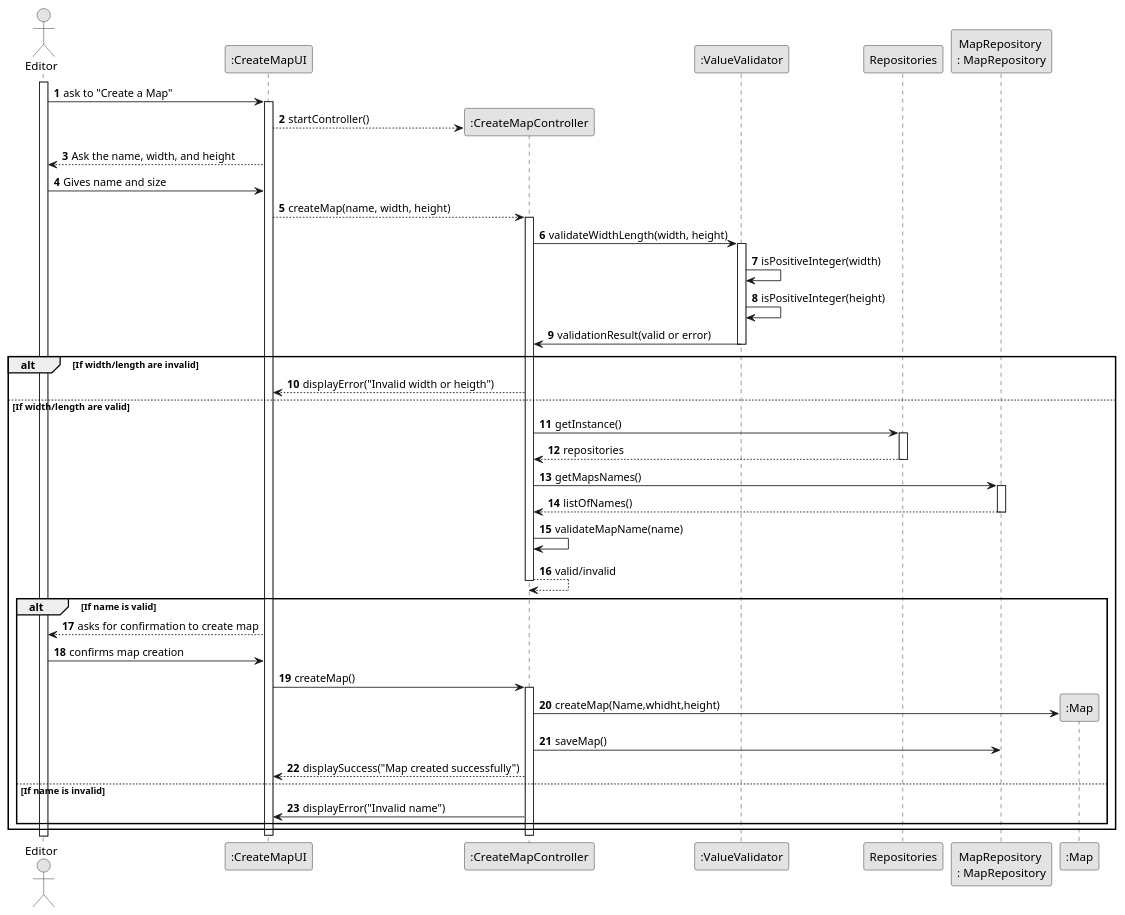
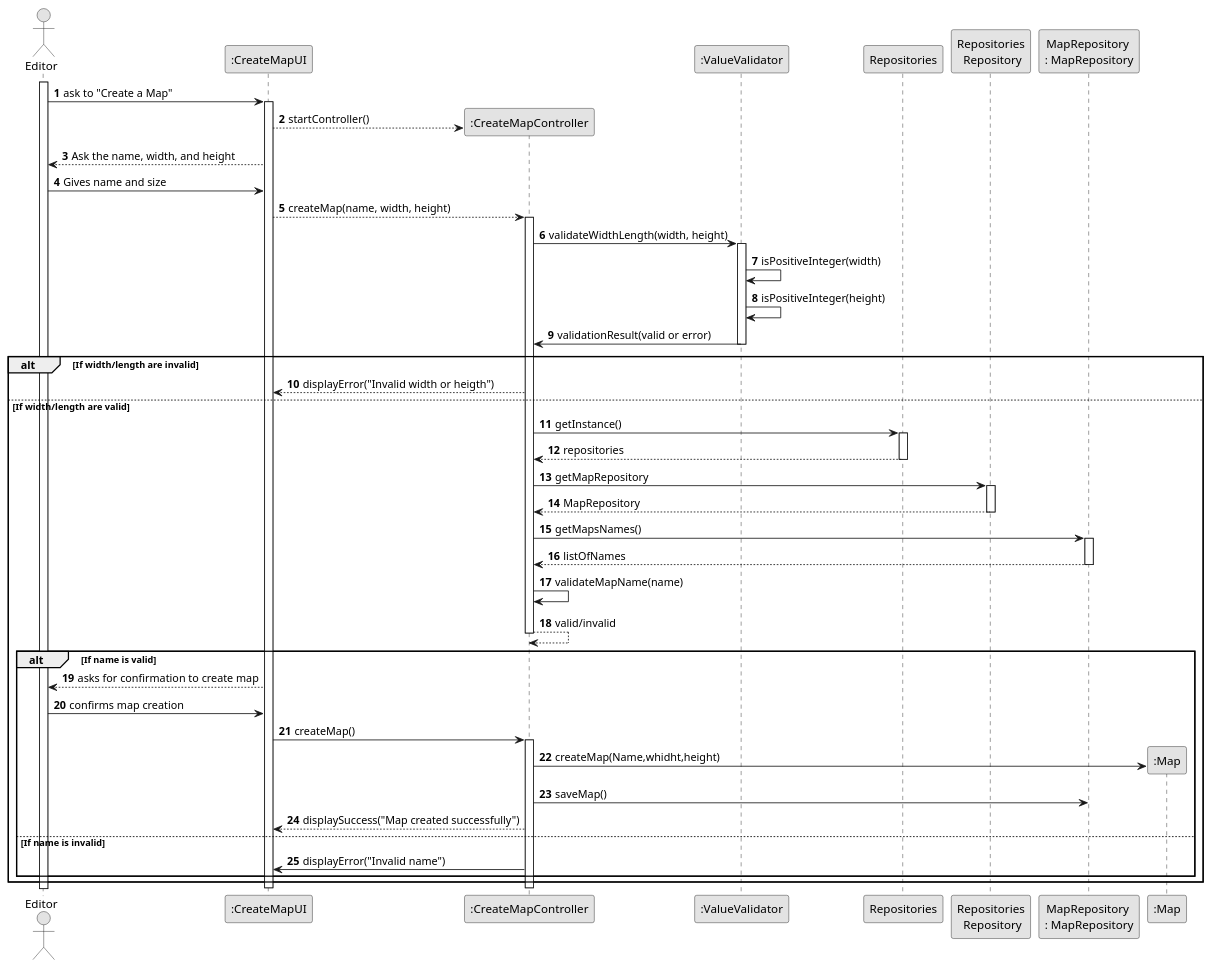
The diagram in docs/system-documentation/US001/03.design/puml/US001-SD-full.puml (1240826/empire-on-tracks), drawn with PlantUML before and after one commit. The commit also changed 10 other files, not shown here.

```diff
--- a/docs/system-documentation/US001/03.design/puml/US001-SD-full.puml
+++ b/docs/system-documentation/US001/03.design/puml/US001-SD-full.puml
@@ -1,100 +1,106 @@
 @startuml
 skinparam monochrome true
 skinparam packageStyle rectangle
 skinparam shadowing false
 
 autonumber
 
 actor "Editor" as Employee
 participant ":CreateMapUI" as UI
 participant ":CreateMapController" as Controller
 participant ":ValueValidator" as Validator
 participant "Repositories" as Rep
+participant "Repositories\n Repository" as Repos
 participant "MapRepository \n: MapRepository" as Repository
 
 participant ":Map" as Map
 
 activate Employee
 
     Employee -> UI : ask to "Create a Map"
     activate UI
 
             UI --> Controller** : startController()
 
 
 
         UI --> Employee : Ask the name, width, and height
 
 
 
 
 
 
 
     Employee -> UI : Gives name and size
 
 
         UI --> Controller  : createMap(name, width, height)
         activate Controller
 
             Controller -> Validator : validateWidthLength(width, height)
             activate Validator
 
             Validator -> Validator : isPositiveInteger(width)
             Validator -> Validator : isPositiveInteger(height)
             Validator -> Controller : validationResult(valid or error)
             deactivate Validator
 
             alt If width/length are invalid
                 Controller --> UI : displayError("Invalid width or heigth")
 
 
             else If width/length are valid
 
             Controller->Rep: getInstance()
             activate Rep
+
             Rep-->Controller:repositories
             deactivate Rep
+            Controller->Repos:getMapRepository
+            activate Repos
+            Repos--> Controller:MapRepository
+            deactivate Repos
 
             Controller->Repository:getMapsNames()
             activate Repository
-            Repository-->Controller:listOfNames()
+            Repository-->Controller:listOfNames
             deactivate Repository
 
 
 
                 Controller -> Controller : validateMapName(name)
                 Controller-->Controller:valid/invalid
 
                 deactivate Controller
 
                 alt If name is valid
                     UI --> Employee : asks for confirmation to create map
 
 
                     Employee -> UI : confirms map creation
 
 
                     UI -> Controller: createMap()
                     activate Controller
 
                     Controller->Map**:createMap(Name,whidht,height)
 
 
 
 
 
                             Controller -> Repository : saveMap()
                         deactivate Repository
 
 
                     Controller --> UI : displaySuccess("Map created successfully")
                 else If name is invalid
                     Controller -> UI : displayError("Invalid name")
                 end
             end
 
         deactivate Controller
     deactivate UI
 
 @enduml
```
